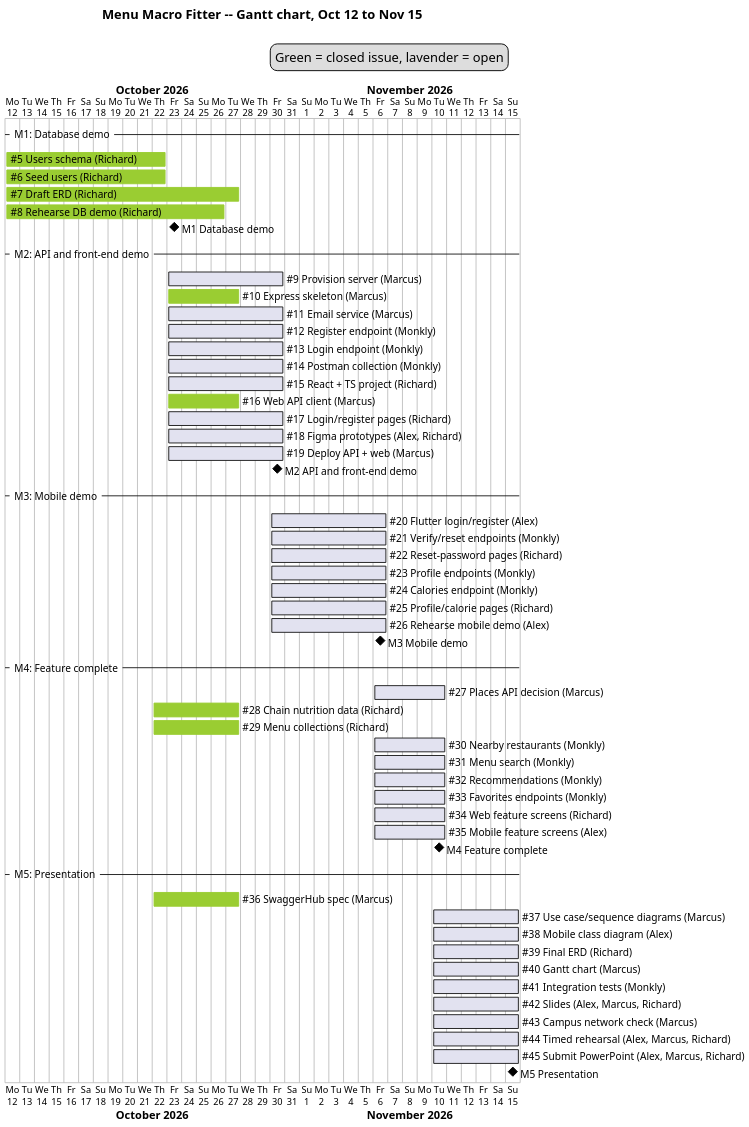
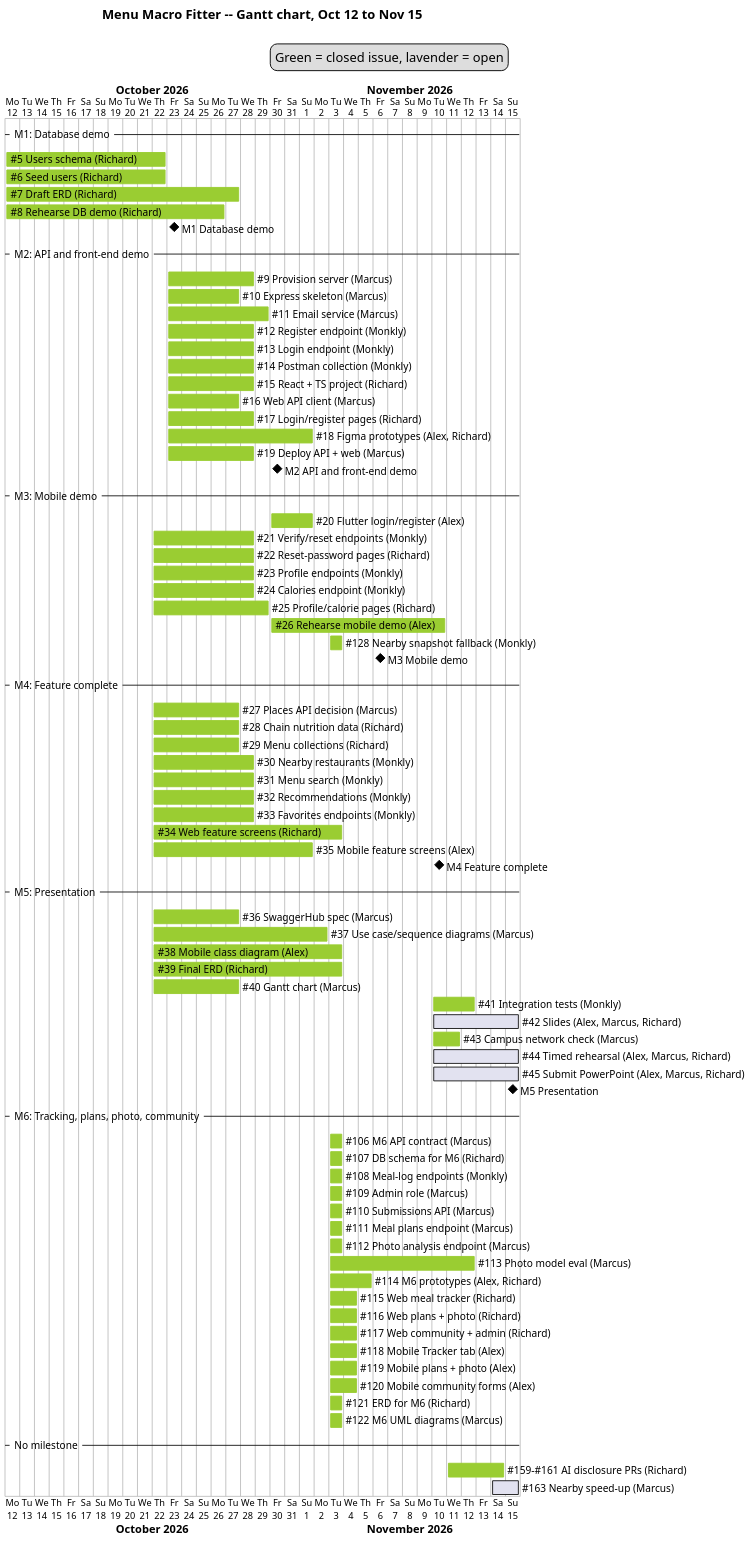
One commit to polter-dev/POOSD_large_proj changed the diagram in docs/diagrams/gantt.puml. Above: the diagram before and after it, drawn with PlantUML. The commit also changed 2 other files, not shown here.

Commit message:
Gantt: add M6 rows and close out finished issues from GitHub dates

```diff
--- a/docs/diagrams/gantt.puml
+++ b/docs/diagrams/gantt.puml
@@ -1,72 +1,98 @@
 @startgantt gantt
 ' Menu Macro Fitter -- project schedule, Oct 12 to Nov 15 (issue #40)
 ' One bar per GitHub issue. Start = previous milestone's due date (Oct 12 for M1),
 ' end = the issue's milestone due date, or its closedAt date if closed.
 ' Closed issues finished before their window opened start at their creation date (Oct 22).
+' Issues opened later (M6 and after) start at their creation date. M6 has no due date, so no diamond.
+' Dates from GitHub as of 2026-11-14.
 ' Skipped: #3, #4 (admin), #49, #57 (decision/follow-up issues).
 
 skinparam defaultFontName Verdana
 scale 2
 title Menu Macro Fitter -- Gantt chart, Oct 12 to Nov 15
 
 Project starts 2026-10-12
 legend top right
   Green = closed issue, lavender = open
 end legend
 
 -- M1: Database demo --
 [~#5 Users schema (Richard)] starts 2026-10-12 and ends 2026-10-22 and is colored in YellowGreen
 [~#6 Seed users (Richard)] starts 2026-10-12 and ends 2026-10-22 and is colored in YellowGreen
 [~#7 Draft ERD (Richard)] starts 2026-10-12 and ends 2026-10-27 and is colored in YellowGreen
 [~#8 Rehearse DB demo (Richard)] starts 2026-10-12 and ends 2026-10-26 and is colored in YellowGreen
 [M1 Database demo] happens at 2026-10-23
 
 -- M2: API and front-end demo --
-[~#9 Provision server (Marcus)] starts 2026-10-23 and ends 2026-10-30
+[~#9 Provision server (Marcus)] starts 2026-10-23 and ends 2026-10-28 and is colored in YellowGreen
 [~#10 Express skeleton (Marcus)] starts 2026-10-23 and ends 2026-10-27 and is colored in YellowGreen
-[~#11 Email service (Marcus)] starts 2026-10-23 and ends 2026-10-30
-[~#12 Register endpoint (Monkly)] starts 2026-10-23 and ends 2026-10-30
-[~#13 Login endpoint (Monkly)] starts 2026-10-23 and ends 2026-10-30
-[~#14 Postman collection (Monkly)] starts 2026-10-23 and ends 2026-10-30
-[~#15 React + TS project (Richard)] starts 2026-10-23 and ends 2026-10-30
+[~#11 Email service (Marcus)] starts 2026-10-23 and ends 2026-10-29 and is colored in YellowGreen
+[~#12 Register endpoint (Monkly)] starts 2026-10-23 and ends 2026-10-28 and is colored in YellowGreen
+[~#13 Login endpoint (Monkly)] starts 2026-10-23 and ends 2026-10-28 and is colored in YellowGreen
+[~#14 Postman collection (Monkly)] starts 2026-10-23 and ends 2026-10-28 and is colored in YellowGreen
+[~#15 React + TS project (Richard)] starts 2026-10-23 and ends 2026-10-28 and is colored in YellowGreen
 [~#16 Web API client (Marcus)] starts 2026-10-23 and ends 2026-10-27 and is colored in YellowGreen
-[~#17 Login/register pages (Richard)] starts 2026-10-23 and ends 2026-10-30
-[~#18 Figma prototypes (Alex, Richard)] starts 2026-10-23 and ends 2026-10-30
-[~#19 Deploy API + web (Marcus)] starts 2026-10-23 and ends 2026-10-30
+[~#17 Login/register pages (Richard)] starts 2026-10-23 and ends 2026-10-28 and is colored in YellowGreen
+[~#18 Figma prototypes (Alex, Richard)] starts 2026-10-23 and ends 2026-11-01 and is colored in YellowGreen
+[~#19 Deploy API + web (Marcus)] starts 2026-10-23 and ends 2026-10-28 and is colored in YellowGreen
 [M2 API and front-end demo] happens at 2026-10-30
 
 -- M3: Mobile demo --
-[~#20 Flutter login/register (Alex)] starts 2026-10-30 and ends 2026-11-06
-[~#21 Verify/reset endpoints (Monkly)] starts 2026-10-30 and ends 2026-11-06
-[~#22 Reset-password pages (Richard)] starts 2026-10-30 and ends 2026-11-06
-[~#23 Profile endpoints (Monkly)] starts 2026-10-30 and ends 2026-11-06
-[~#24 Calories endpoint (Monkly)] starts 2026-10-30 and ends 2026-11-06
-[~#25 Profile/calorie pages (Richard)] starts 2026-10-30 and ends 2026-11-06
-[~#26 Rehearse mobile demo (Alex)] starts 2026-10-30 and ends 2026-11-06
+[~#20 Flutter login/register (Alex)] starts 2026-10-30 and ends 2026-11-01 and is colored in YellowGreen
+[~#21 Verify/reset endpoints (Monkly)] starts 2026-10-22 and ends 2026-10-28 and is colored in YellowGreen
+[~#22 Reset-password pages (Richard)] starts 2026-10-22 and ends 2026-10-28 and is colored in YellowGreen
+[~#23 Profile endpoints (Monkly)] starts 2026-10-22 and ends 2026-10-28 and is colored in YellowGreen
+[~#24 Calories endpoint (Monkly)] starts 2026-10-22 and ends 2026-10-28 and is colored in YellowGreen
+[~#25 Profile/calorie pages (Richard)] starts 2026-10-22 and ends 2026-10-29 and is colored in YellowGreen
+[~#26 Rehearse mobile demo (Alex)] starts 2026-10-30 and ends 2026-11-10 and is colored in YellowGreen
+[~#128 Nearby snapshot fallback (Monkly)] starts 2026-11-03 and ends 2026-11-03 and is colored in YellowGreen
 [M3 Mobile demo] happens at 2026-11-06
 
 -- M4: Feature complete --
-[~#27 Places API decision (Marcus)] starts 2026-11-06 and ends 2026-11-10
+[~#27 Places API decision (Marcus)] starts 2026-10-22 and ends 2026-10-27 and is colored in YellowGreen
 [~#28 Chain nutrition data (Richard)] starts 2026-10-22 and ends 2026-10-27 and is colored in YellowGreen
 [~#29 Menu collections (Richard)] starts 2026-10-22 and ends 2026-10-27 and is colored in YellowGreen
-[~#30 Nearby restaurants (Monkly)] starts 2026-11-06 and ends 2026-11-10
-[~#31 Menu search (Monkly)] starts 2026-11-06 and ends 2026-11-10
-[~#32 Recommendations (Monkly)] starts 2026-11-06 and ends 2026-11-10
-[~#33 Favorites endpoints (Monkly)] starts 2026-11-06 and ends 2026-11-10
-[~#34 Web feature screens (Richard)] starts 2026-11-06 and ends 2026-11-10
-[~#35 Mobile feature screens (Alex)] starts 2026-11-06 and ends 2026-11-10
+[~#30 Nearby restaurants (Monkly)] starts 2026-10-22 and ends 2026-10-28 and is colored in YellowGreen
+[~#31 Menu search (Monkly)] starts 2026-10-22 and ends 2026-10-28 and is colored in YellowGreen
+[~#32 Recommendations (Monkly)] starts 2026-10-22 and ends 2026-10-28 and is colored in YellowGreen
+[~#33 Favorites endpoints (Monkly)] starts 2026-10-22 and ends 2026-10-28 and is colored in YellowGreen
+[~#34 Web feature screens (Richard)] starts 2026-10-22 and ends 2026-11-03 and is colored in YellowGreen
+[~#35 Mobile feature screens (Alex)] starts 2026-10-22 and ends 2026-11-01 and is colored in YellowGreen
 [M4 Feature complete] happens at 2026-11-10
 
 -- M5: Presentation --
 [~#36 SwaggerHub spec (Marcus)] starts 2026-10-22 and ends 2026-10-27 and is colored in YellowGreen
-[~#37 Use case/sequence diagrams (Marcus)] starts 2026-11-10 and ends 2026-11-15
-[~#38 Mobile class diagram (Alex)] starts 2026-11-10 and ends 2026-11-15
-[~#39 Final ERD (Richard)] starts 2026-11-10 and ends 2026-11-15
-[~#40 Gantt chart (Marcus)] starts 2026-11-10 and ends 2026-11-15
-[~#41 Integration tests (Monkly)] starts 2026-11-10 and ends 2026-11-15
+[~#37 Use case/sequence diagrams (Marcus)] starts 2026-10-22 and ends 2026-11-02 and is colored in YellowGreen
+[~#38 Mobile class diagram (Alex)] starts 2026-10-22 and ends 2026-11-03 and is colored in YellowGreen
+[~#39 Final ERD (Richard)] starts 2026-10-22 and ends 2026-11-03 and is colored in YellowGreen
+[~#40 Gantt chart (Marcus)] starts 2026-10-22 and ends 2026-10-27 and is colored in YellowGreen
+[~#41 Integration tests (Monkly)] starts 2026-11-10 and ends 2026-11-12 and is colored in YellowGreen
 [~#42 Slides (Alex, Marcus, Richard)] starts 2026-11-10 and ends 2026-11-15
-[~#43 Campus network check (Marcus)] starts 2026-11-10 and ends 2026-11-15
+[~#43 Campus network check (Marcus)] starts 2026-11-10 and ends 2026-11-11 and is colored in YellowGreen
 [~#44 Timed rehearsal (Alex, Marcus, Richard)] starts 2026-11-10 and ends 2026-11-15
 [~#45 Submit PowerPoint (Alex, Marcus, Richard)] starts 2026-11-10 and ends 2026-11-15
 [M5 Presentation] happens at 2026-11-15
+
+-- M6: Tracking, plans, photo, community --
+[~#106 M6 API contract (Marcus)] starts 2026-11-03 and ends 2026-11-03 and is colored in YellowGreen
+[~#107 DB schema for M6 (Richard)] starts 2026-11-03 and ends 2026-11-03 and is colored in YellowGreen
+[~#108 Meal-log endpoints (Monkly)] starts 2026-11-03 and ends 2026-11-03 and is colored in YellowGreen
+[~#109 Admin role (Marcus)] starts 2026-11-03 and ends 2026-11-03 and is colored in YellowGreen
+[~#110 Submissions API (Marcus)] starts 2026-11-03 and ends 2026-11-03 and is colored in YellowGreen
+[~#111 Meal plans endpoint (Marcus)] starts 2026-11-03 and ends 2026-11-03 and is colored in YellowGreen
+[~#112 Photo analysis endpoint (Marcus)] starts 2026-11-03 and ends 2026-11-03 and is colored in YellowGreen
+[~#113 Photo model eval (Marcus)] starts 2026-11-03 and ends 2026-11-12 and is colored in YellowGreen
+[~#114 M6 prototypes (Alex, Richard)] starts 2026-11-03 and ends 2026-11-05 and is colored in YellowGreen
+[~#115 Web meal tracker (Richard)] starts 2026-11-03 and ends 2026-11-04 and is colored in YellowGreen
+[~#116 Web plans + photo (Richard)] starts 2026-11-03 and ends 2026-11-04 and is colored in YellowGreen
+[~#117 Web community + admin (Richard)] starts 2026-11-03 and ends 2026-11-04 and is colored in YellowGreen
+[~#118 Mobile Tracker tab (Alex)] starts 2026-11-03 and ends 2026-11-04 and is colored in YellowGreen
+[~#119 Mobile plans + photo (Alex)] starts 2026-11-03 and ends 2026-11-04 and is colored in YellowGreen
+[~#120 Mobile community forms (Alex)] starts 2026-11-03 and ends 2026-11-04 and is colored in YellowGreen
+[~#121 ERD for M6 (Richard)] starts 2026-11-03 and ends 2026-11-03 and is colored in YellowGreen
+[~#122 M6 UML diagrams (Marcus)] starts 2026-11-03 and ends 2026-11-03 and is colored in YellowGreen
+
+-- No milestone --
+[~#159-#161 AI disclosure PRs (Richard)] starts 2026-11-11 and ends 2026-11-14 and is colored in YellowGreen
+[~#163 Nearby speed-up (Marcus)] starts 2026-11-14 and ends 2026-11-15
 @endgantt
```
